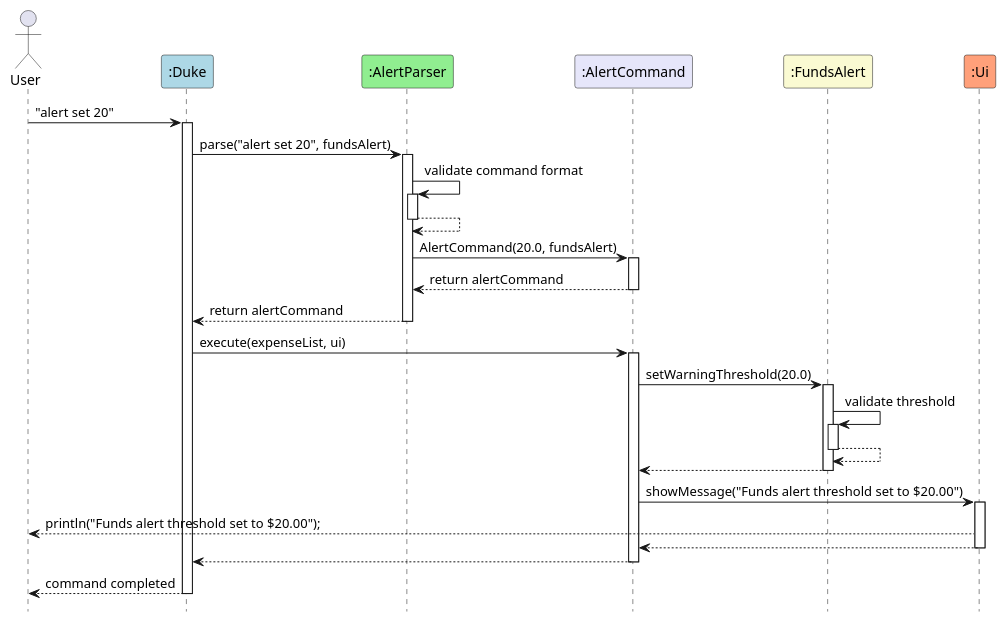
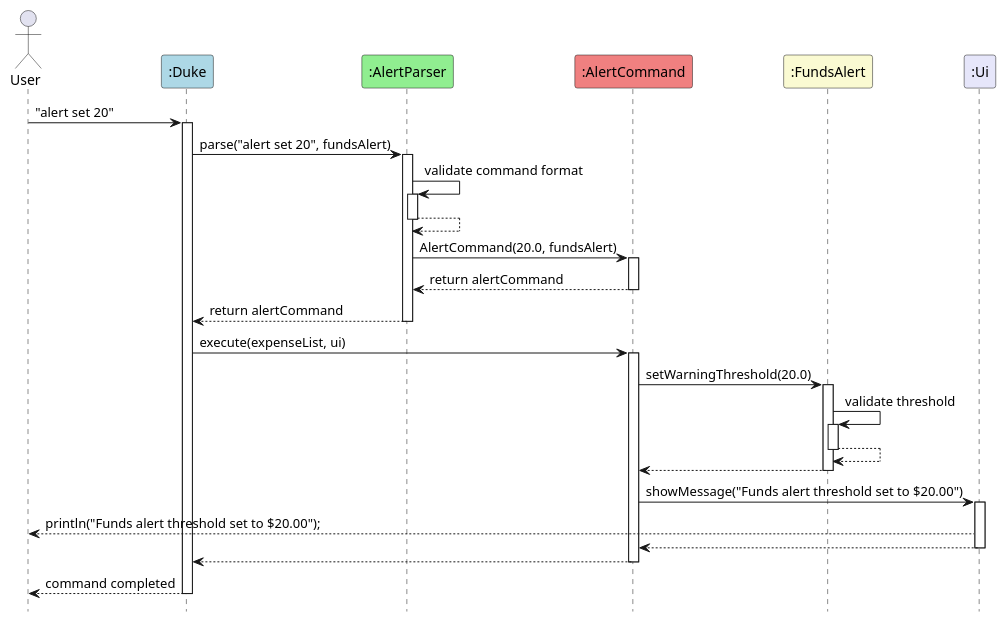
The diagram in docs/puml/SetAlert.puml (xiaojielei/tp), drawn with PlantUML before and after one commit. The commit also changed 3 other files, not shown here.

Commit message:
Updated Sequence Diagrams for Set and Trigger Alert

```diff
--- a/docs/puml/SetAlert.puml
+++ b/docs/puml/SetAlert.puml
@@ -1,56 +1,56 @@
 @startuml
 hide footbox
 
 actor User
 participant ":Duke" as Duke #LightBlue
 participant ":AlertParser" as AlertParser #LightGreen
-participant ":AlertCommand" as AlertCommand #Lavender
+participant ":AlertCommand" as AlertCommand #LightCoral
 participant ":FundsAlert" as FundsAlert #LightGoldenRodYellow
-participant ":Ui" as Ui #LightSalmon
+participant ":Ui" as Ui #Lavender
 
 
 User -> Duke: "alert set 20"
 activate Duke
 
 Duke -> AlertParser: parse("alert set 20", fundsAlert)
 activate AlertParser
 
   AlertParser -> AlertParser: validate command format
   activate AlertParser
   AlertParser --> AlertParser
   deactivate AlertParser
 
 AlertParser -> AlertCommand: AlertCommand(20.0, fundsAlert)
 activate AlertCommand
 AlertCommand --> AlertParser: return alertCommand
 deactivate AlertCommand
 
 AlertParser --> Duke: return alertCommand
 deactivate AlertParser
 
 Duke -> AlertCommand: execute(expenseList, ui)
 activate AlertCommand
 
 AlertCommand -> FundsAlert: setWarningThreshold(20.0)
 activate FundsAlert
 
   FundsAlert -> FundsAlert: validate threshold
   activate FundsAlert
   FundsAlert --> FundsAlert
   deactivate FundsAlert
 
 FundsAlert --> AlertCommand
 deactivate FundsAlert
 
 AlertCommand -> Ui: showMessage("Funds alert threshold set to $20.00")
 activate Ui
 Ui --> User: println("Funds alert threshold set to $20.00");
 Ui --> AlertCommand
 deactivate Ui
 
 AlertCommand --> Duke
 deactivate AlertCommand
 
 Duke --> User: command completed
 deactivate Duke
 @enduml
```
